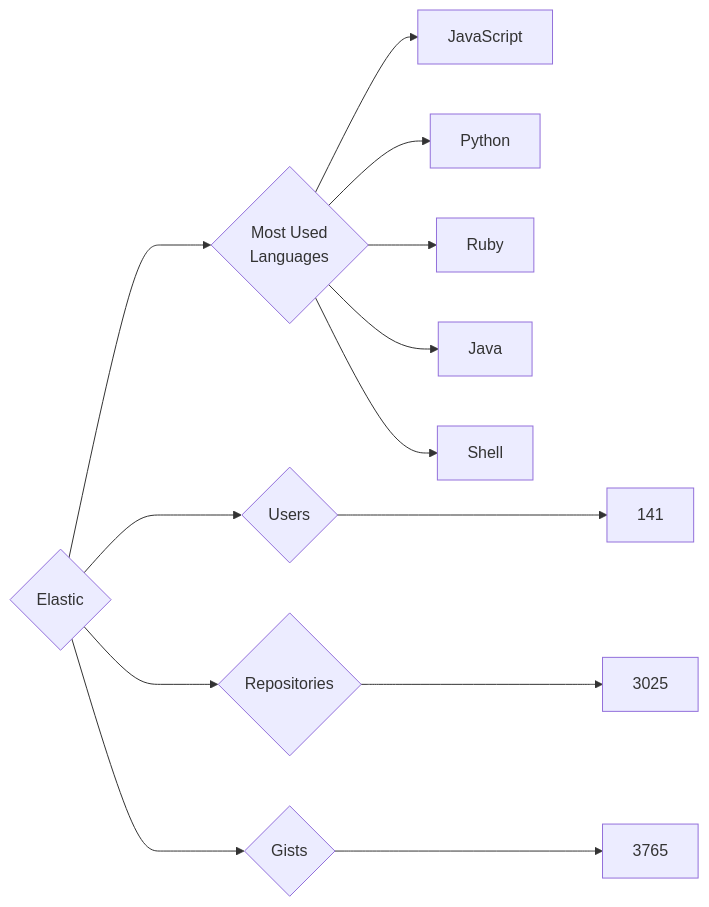
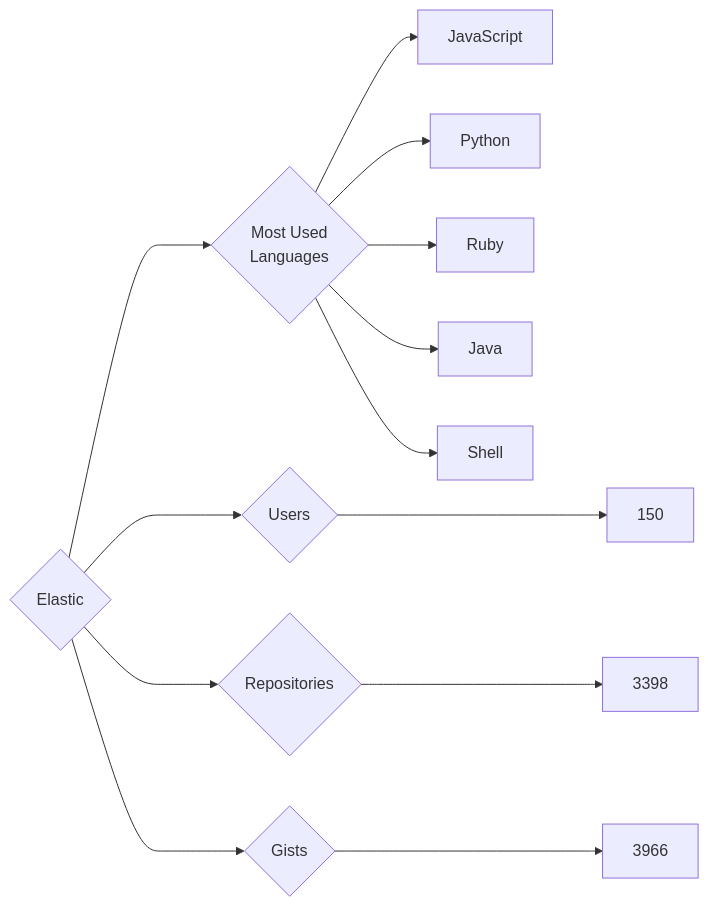
One commit to trickest/insiders changed the diagram in targets/Elastic/README.md. Above: the diagram before and after it, drawn with Mermaid. The commit also changed 837 other files, not shown here.

````diff
--- a/targets/Elastic/README.md
+++ b/targets/Elastic/README.md
@@ -3,13 +3,13 @@
 ```mermaid
 graph LR
 COMPANY_NAME{Elastic}
-COMPANY_NAME ---> U{Users} ---> UN[141]
-COMPANY_NAME ---> R{Repositories} ---> RN[3025]
-COMPANY_NAME ---> G{Gists} ---> GN[3765]
+COMPANY_NAME ---> U{Users} ---> UN[150]
+COMPANY_NAME ---> R{Repositories} ---> RN[3398]
+COMPANY_NAME ---> G{Gists} ---> GN[3966]
 COMPANY_NAME ---> ML{Most Used<br>Languages}
 ML --> JavaScript[JavaScript]
 ML --> Python[Python]
 ML --> Ruby[Ruby]
 ML --> Java[Java]
 ML --> Shell[Shell]
 ```
````
